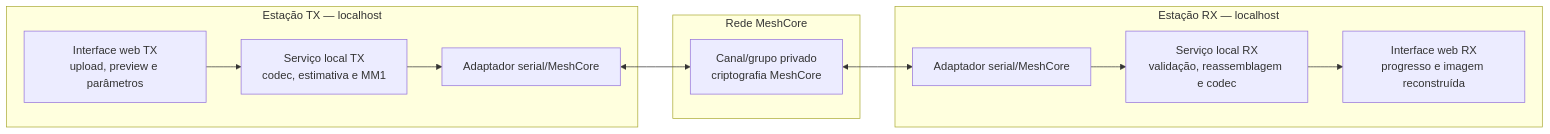
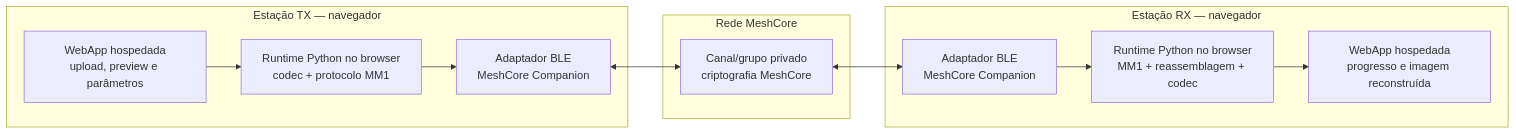
Before and after one commit to FernandoPucci/meshmedia-lab: the third of 3 diagrams in sdd/sdd.md, drawn with Mermaid. The commit also changed other lines of this file, not shown here.

Commit message:
docs: define browser-only web app and preserve existing codec

````diff
--- a/sdd/sdd.md
+++ b/sdd/sdd.md
@@ -1815,22 +1822,19 @@
 ```mermaid
 flowchart LR
-    subgraph TX["Estação TX — localhost"]
-        TUI["Interface web TX<br/>upload, preview e parâmetros"]
-        TAPP["Serviço local TX<br/>codec, estimativa e MM1"]
-        TSER["Adaptador serial/MeshCore"]
-        TUI --> TAPP --> TSER
+    subgraph TX["Estação TX — navegador"]
+        TUI["WebApp hospedada<br/>upload, preview e parâmetros"]
+        TCORE["Runtime Python no browser<br/>codec + protocolo MM1"]
+        TBLE["Adaptador BLE<br/>MeshCore Companion"]
+        TUI --> TCORE --> TBLE
     end
-
     subgraph RADIO["Rede MeshCore"]
         CH["Canal/grupo privado<br/>criptografia MeshCore"]
     end
-
-    subgraph RX["Estação RX — localhost"]
-        RSER["Adaptador serial/MeshCore"]
-        RAPP["Serviço local RX<br/>validação, reassemblagem e codec"]
-        RUI["Interface web RX<br/>progresso e imagem reconstruída"]
-        RSER --> RAPP --> RUI
+    subgraph RX["Estação RX — navegador"]
+        RBLE["Adaptador BLE<br/>MeshCore Companion"]
+        RCORE["Runtime Python no browser<br/>MM1 + reassemblagem + codec"]
+        RUI["WebApp hospedada<br/>progresso e imagem reconstruída"]
+        RBLE --> RCORE --> RUI
     end
-
-    TSER <--> CH <--> RSER
+    TBLE <--> CH <--> RBLE
 ```
````
